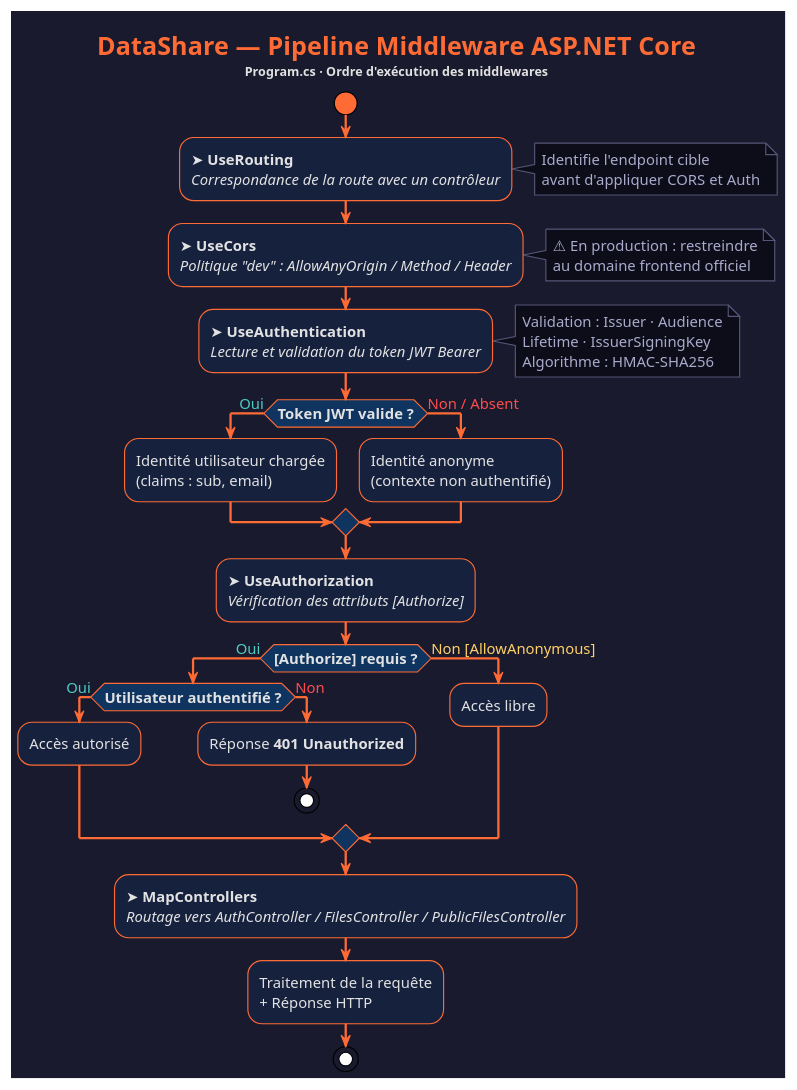
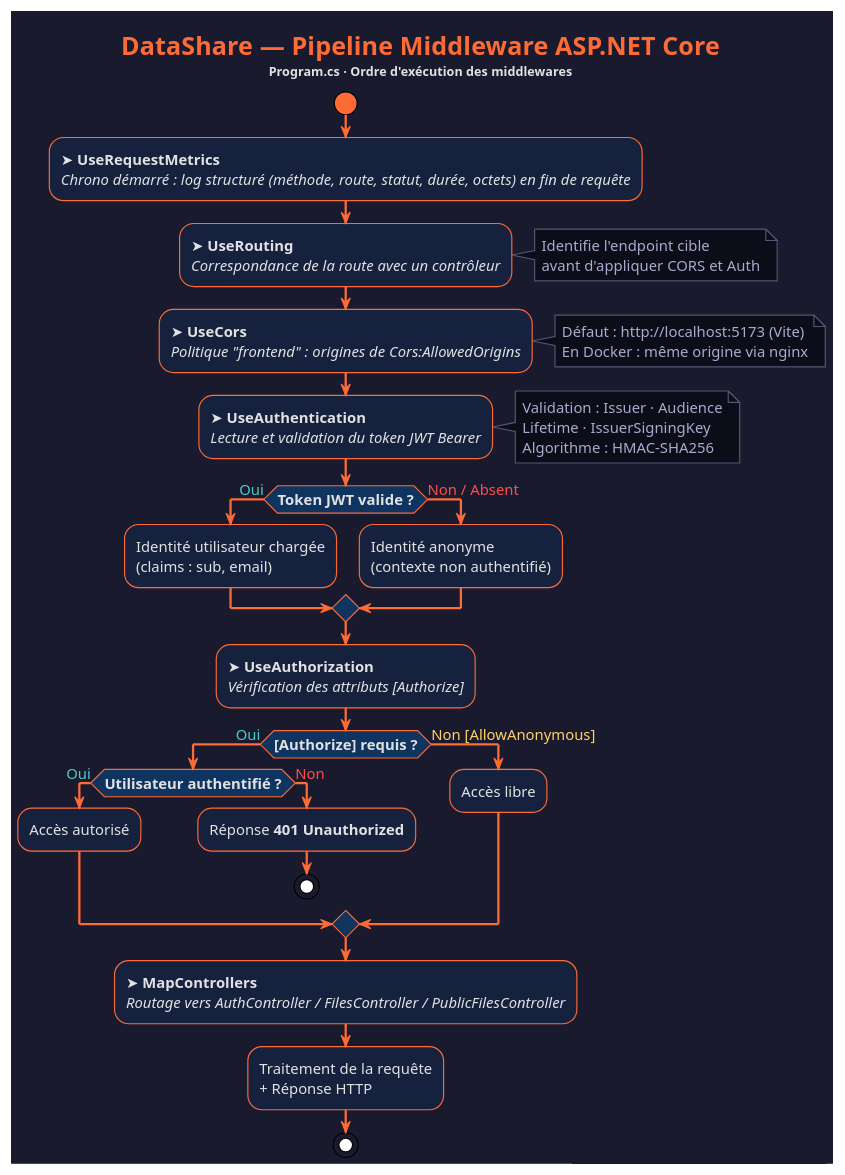
The diagram in docs/diagrams/pipeline_middleware.puml (GadZouil/OC-P4-DataShare), drawn with PlantUML before and after one commit. The commit also changed 5 other files, not shown here.

First line of the commit message:
docs(tech): update technical documentation (Architecte logiciel, logs, CORS, security, install) and regenerate PDF + diagrams

```diff
--- a/docs/diagrams/pipeline_middleware.puml
+++ b/docs/diagrams/pipeline_middleware.puml
@@ -1,87 +1,90 @@
 @startuml pipeline_middleware
 !theme plain
 
 skinparam backgroundColor #1a1a2e
 skinparam defaultFontColor #e2e2e2
 skinparam defaultFontSize 13
 skinparam defaultFontName "Segoe UI"
 skinparam ArrowThickness 2
 skinparam arrowColor #FF6B35
 
 skinparam activity {
     BackgroundColor #16213e
     BorderColor #FF6B35
     FontColor #e2e2e2
     StartColor #FF6B35
     EndColor #FF6B35
     BarColor #FF6B35
     DiamondBackgroundColor #0f3460
     DiamondBorderColor #FF6B35
     DiamondFontColor #e2e2e2
 }
 
 skinparam note {
     BackgroundColor #0d0d1a
     BorderColor #555577
     FontColor #aaaacc
 }
 
 title <color:#FF6B35><b>DataShare — Pipeline Middleware ASP.NET Core</b></color>\n<size:11>Program.cs · Ordre d'exécution des middlewares</size>
 
 |<color:#aaaacc>Requête HTTP entrante</color>|
 
 start
 
+:➤ <b>UseRequestMetrics</b>
+<i>Chrono démarré : log structuré (méthode, route, statut, durée, octets) en fin de requête</i>;
+
 :➤ <b>UseRouting</b>
 <i>Correspondance de la route avec un contrôleur</i>;
 
 note right
   Identifie l'endpoint cible
   avant d'appliquer CORS et Auth
 end note
 
 :➤ <b>UseCors</b>
-<i>Politique "dev" : AllowAnyOrigin / Method / Header</i>;
+<i>Politique "frontend" : origines de Cors:AllowedOrigins</i>;
 
 note right
-  ⚠ En production : restreindre
-  au domaine frontend officiel
+  Défaut : http://localhost:5173 (Vite)
+  En Docker : même origine via nginx
 end note
 
 :➤ <b>UseAuthentication</b>
 <i>Lecture et validation du token JWT Bearer</i>;
 
 note right
   Validation : Issuer · Audience
   Lifetime · IssuerSigningKey
   Algorithme : HMAC-SHA256
 end note
 
 if (<b>Token JWT valide ?</b>) then (<color:#4ECDC4>Oui</color>)
     :Identité utilisateur chargée\n(claims : sub, email);
 else (<color:#FF4D4D>Non / Absent</color>)
     :Identité anonyme\n(contexte non authentifié);
 endif
 
 :➤ <b>UseAuthorization</b>
 <i>Vérification des attributs [Authorize]</i>;
 
 if (<b>[Authorize] requis ?</b>) then (<color:#4ECDC4>Oui</color>)
     if (<b>Utilisateur authentifié ?</b>) then (<color:#4ECDC4>Oui</color>)
         :Accès autorisé;
     else (<color:#FF4D4D>Non</color>)
         :Réponse <b>401 Unauthorized</b>;
         stop
     endif
 else (<color:#FFD166>Non [AllowAnonymous]</color>)
     :Accès libre;
 endif
 
 :➤ <b>MapControllers</b>
 <i>Routage vers AuthController / FilesController / PublicFilesController</i>;
 
 :Traitement de la requête\n+ Réponse HTTP;
 
 stop
 
 @enduml
```
